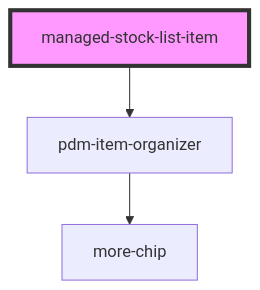
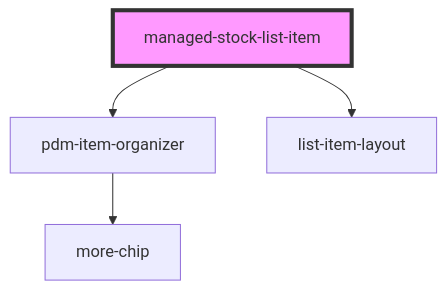
The diagram in pdm-web-components/src/components/managed-stock-list-item/readme.md (PharmaLedger-IMI/fgt-workspace), drawn with Mermaid before and after one commit. The commit also changed other lines of this file and 23 other files, not shown here.

````diff
--- a/pdm-web-components/src/components/managed-stock-list-item/readme.md
+++ b/pdm-web-components/src/components/managed-stock-list-item/readme.md
@@ -43,6 +44,7 @@
 ```mermaid
 graph TD;
   managed-stock-list-item --> pdm-item-organizer
+  managed-stock-list-item --> list-item-layout
   pdm-item-organizer --> more-chip
   style managed-stock-list-item fill:#f9f,stroke:#333,stroke-width:4px
 ```
````
